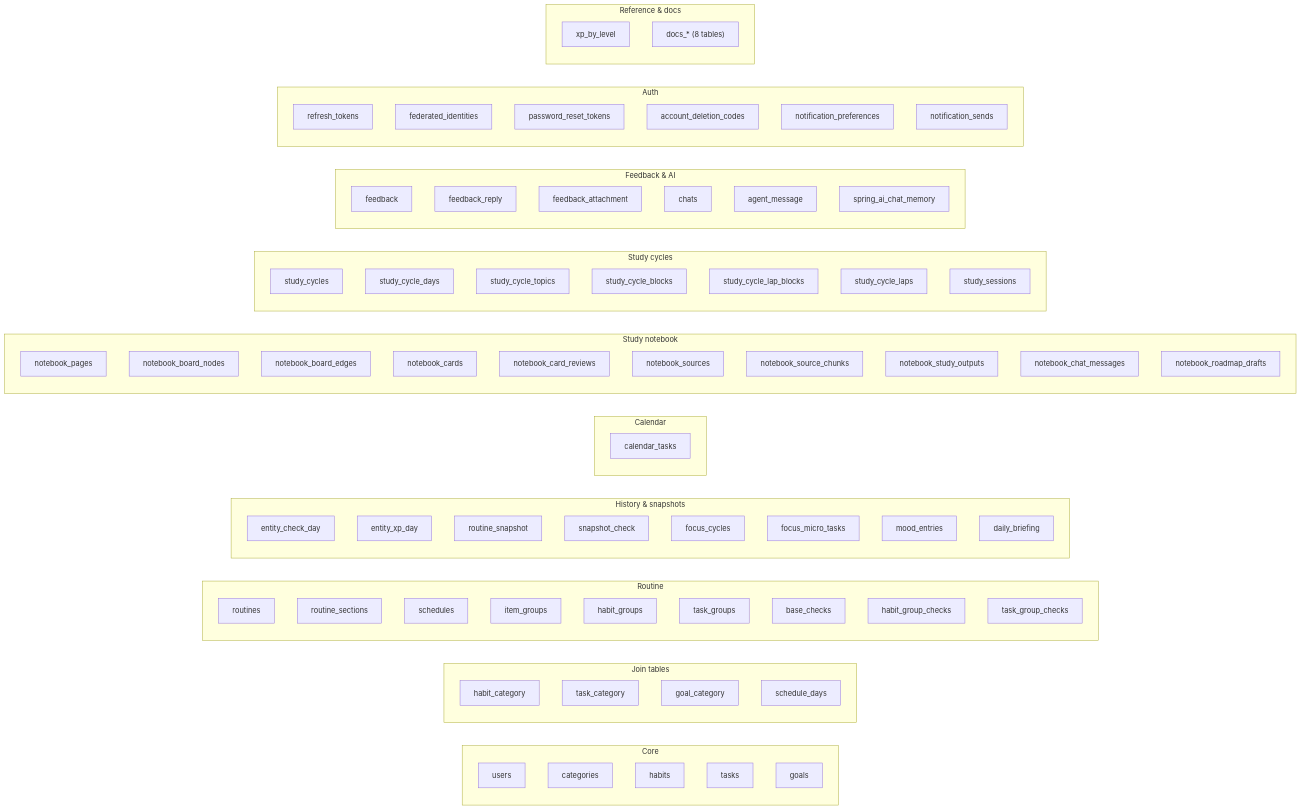
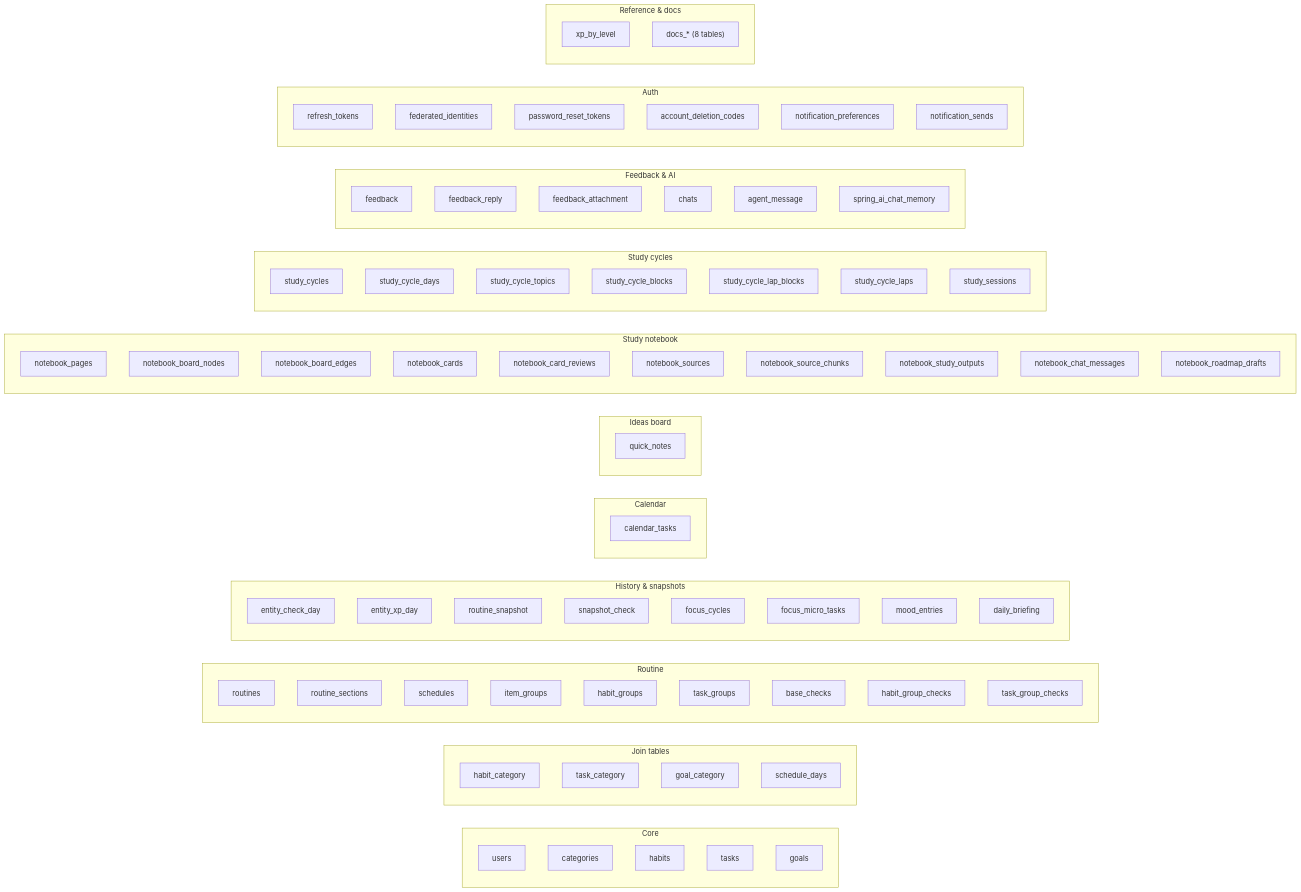
One commit to AndDev741/Beyou-arch-design changed the fifth of 5 diagrams in architecture/domain-model/en.md. Above: the diagram before and after it, drawn with Mermaid. The commit also changed other lines of this file and 31 other files, not shown here.

```diff
--- a/architecture/domain-model/en.md
+++ b/architecture/domain-model/en.md
@@ -650,6 +676,10 @@
 
   subgraph calendar["Calendar"]
     calendar_tasks
+  end
+
+  subgraph ideas["Ideas board"]
+    quick_notes
   end
 
   subgraph notebook["Study notebook"]
```
